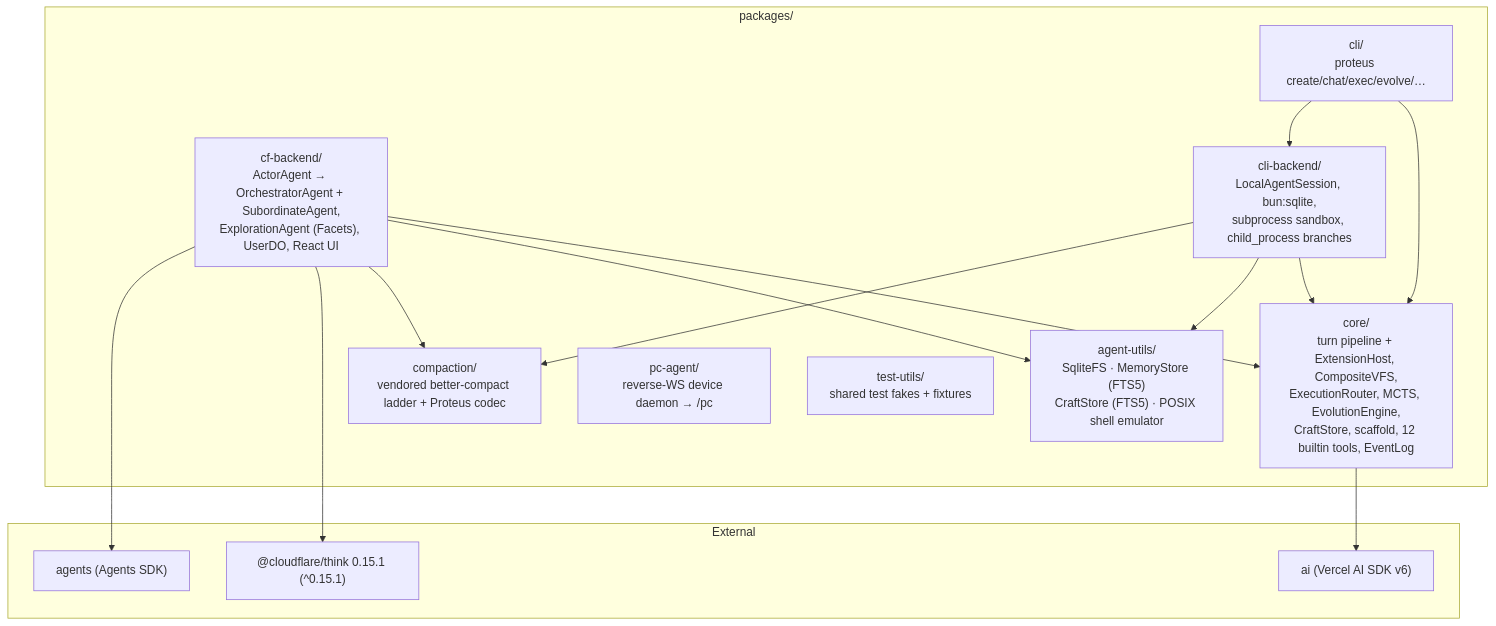
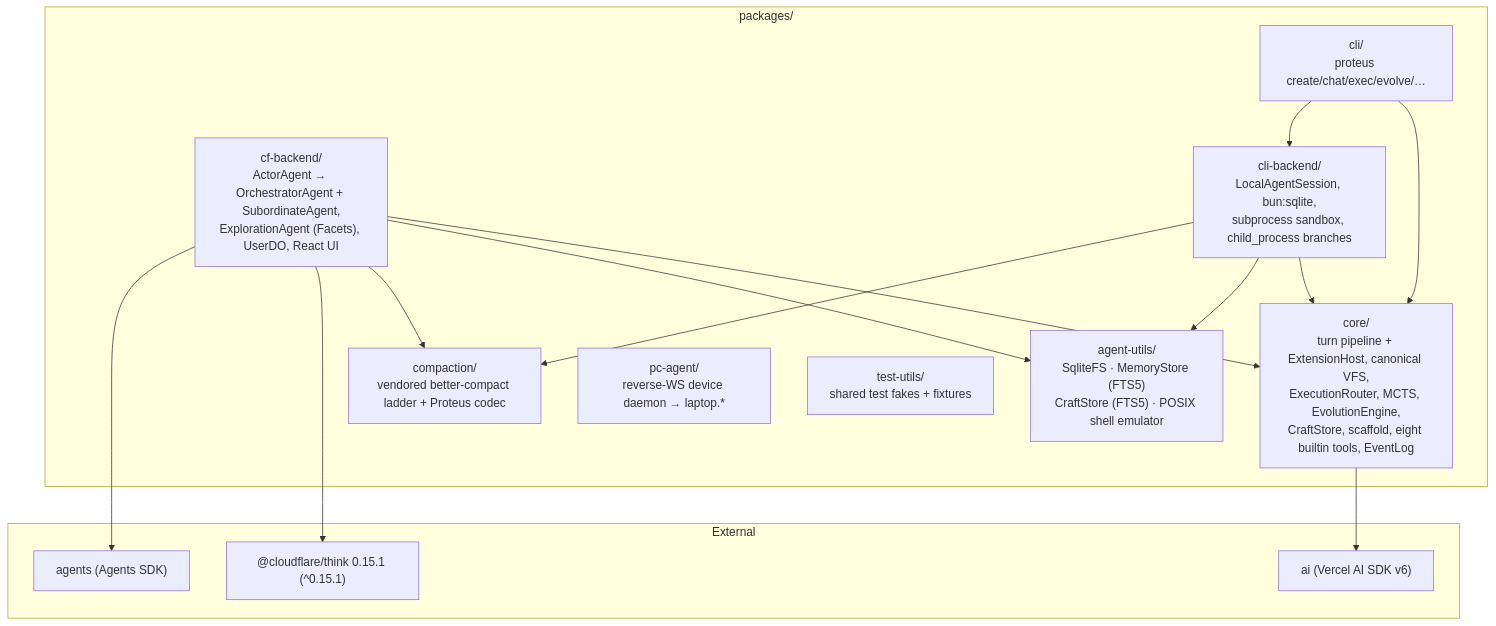
Before and after one commit to AshishKumar4/kinu: the fifth of 5 diagrams in docs/ARCHITECTURE.md, drawn with Mermaid. The commit also changed other lines of this file and 933 other files, not shown here.

````diff
--- a/docs/ARCHITECTURE.md
+++ b/docs/ARCHITECTURE.md
@@ -384,32 +379,32 @@
 ```mermaid
 graph TB
     subgraph pkgs["packages/"]
-        Core["core/<br/>turn pipeline + ExtensionHost, CompositeVFS,<br/>ExecutionRouter, MCTS, EvolutionEngine,<br/>CraftStore, scaffold, 12 builtin tools, EventLog"]
+        Core["core/<br/>turn pipeline + ExtensionHost, canonical VFS,<br/>ExecutionRouter, MCTS, EvolutionEngine,<br/>CraftStore, scaffold, eight builtin tools, EventLog"]
         Utils["agent-utils/<br/>SqliteFS · MemoryStore (FTS5)<br/>CraftStore (FTS5) · POSIX shell emulator"]
         Compact["compaction/<br/>vendored better-compact ladder + Proteus codec"]
         CF["cf-backend/<br/>ActorAgent → OrchestratorAgent + SubordinateAgent,<br/>ExplorationAgent (Facets), UserDO, React UI"]
         CLI["cli/<br/>proteus create/chat/exec/evolve/…"]
         CLIB["cli-backend/<br/>LocalAgentSession, bun:sqlite,<br/>subprocess sandbox, child_process branches"]
-        PC["pc-agent/<br/>reverse-WS device daemon → /pc"]
+        PC["pc-agent/<br/>reverse-WS device daemon → laptop.*"]
         TU["test-utils/<br/>shared test fakes + fixtures"]
     end
 
     CF --> Core
     CF --> Utils
     CF --> Compact
     CLI --> Core
     CLI --> CLIB
     CLIB --> Core
     CLIB --> Utils
     CLIB --> Compact
 
     subgraph ext["External"]
         Think["@cloudflare/think 0.15.1 (^0.15.1)"]
         Agents["agents (Agents SDK)"]
         AISDK["ai (Vercel AI SDK v6)"]
     end
 
     CF --> Think
     CF --> Agents
     Core --> AISDK
 ```
````
